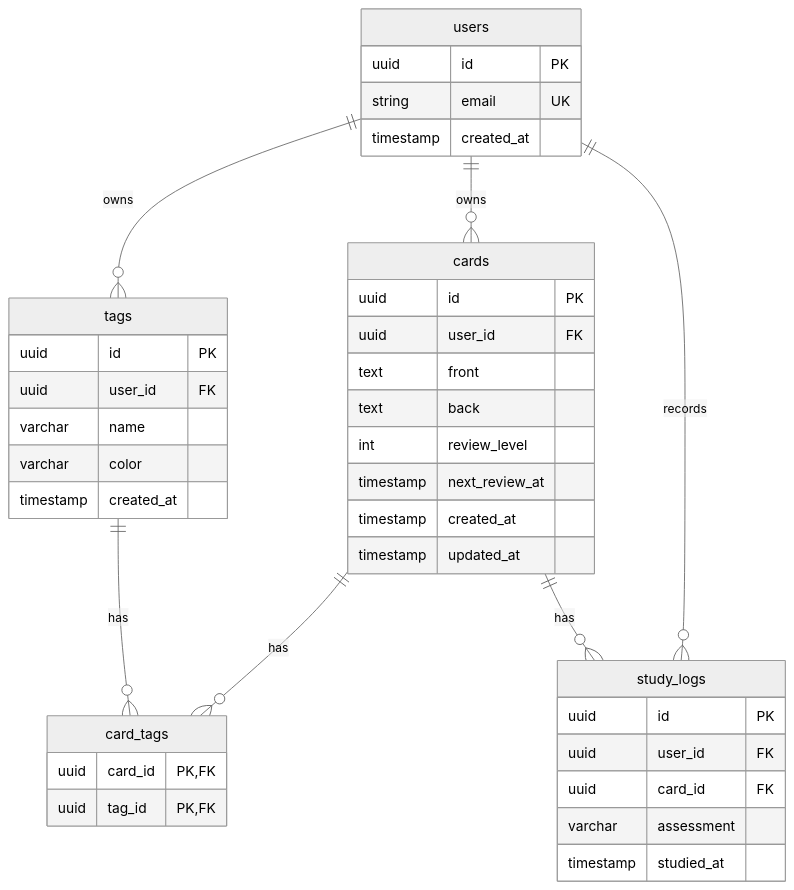
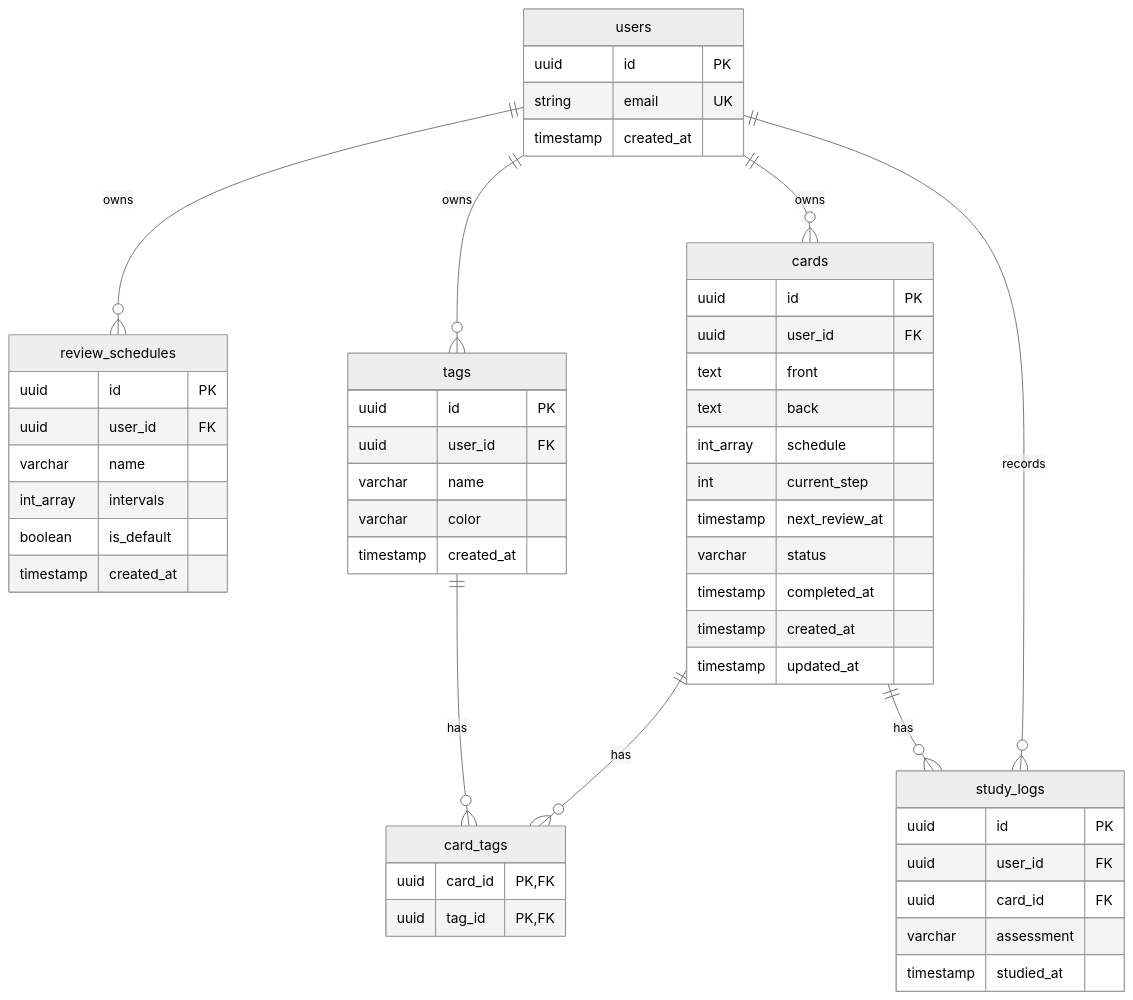
One commit to shinji-hayamizu/ReSave changed the third of 6 diagrams in docs/requirements/architecture.md. Above: the diagram before and after it, drawn with Mermaid (neutral theme). The commit also changed other lines of this file and 10 other files, not shown here.

````diff
--- a/docs/requirements/architecture.md
+++ b/docs/requirements/architecture.md
@@ -443,47 +488,60 @@
 ```mermaid
 erDiagram
+    users ||--o{ review_schedules : owns
     users ||--o{ cards : owns
     users ||--o{ tags : owns
     users ||--o{ study_logs : records
     cards ||--o{ card_tags : has
     tags ||--o{ card_tags : has
     cards ||--o{ study_logs : has
 
     users {
         uuid id PK
         string email UK
         timestamp created_at
     }
 
+    review_schedules {
+        uuid id PK
+        uuid user_id FK
+        varchar name
+        int_array intervals
+        boolean is_default
+        timestamp created_at
+    }
+
     cards {
         uuid id PK
         uuid user_id FK
         text front
         text back
-        int review_level
+        int_array schedule
+        int current_step
         timestamp next_review_at
+        varchar status
+        timestamp completed_at
         timestamp created_at
         timestamp updated_at
     }
 
     tags {
         uuid id PK
         uuid user_id FK
         varchar name
         varchar color
         timestamp created_at
     }
 
     card_tags {
         uuid card_id PK,FK
         uuid tag_id PK,FK
     }
 
     study_logs {
         uuid id PK
         uuid user_id FK
         uuid card_id FK
         varchar assessment
         timestamp studied_at
     }
 ```
````
